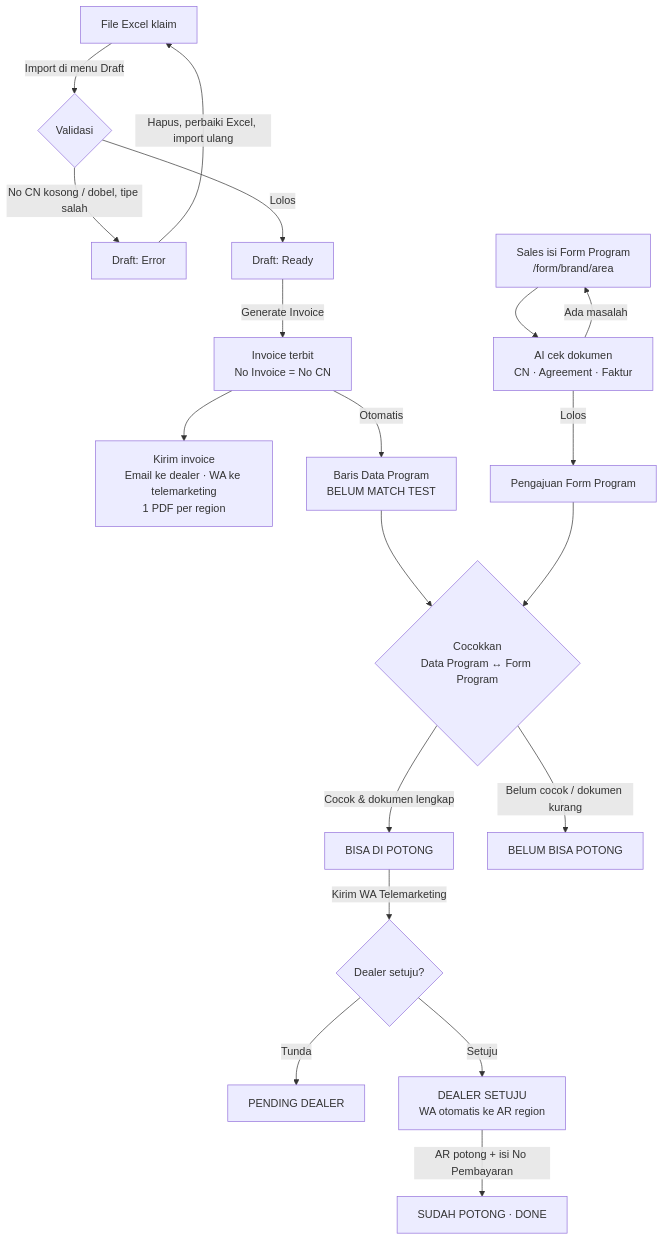
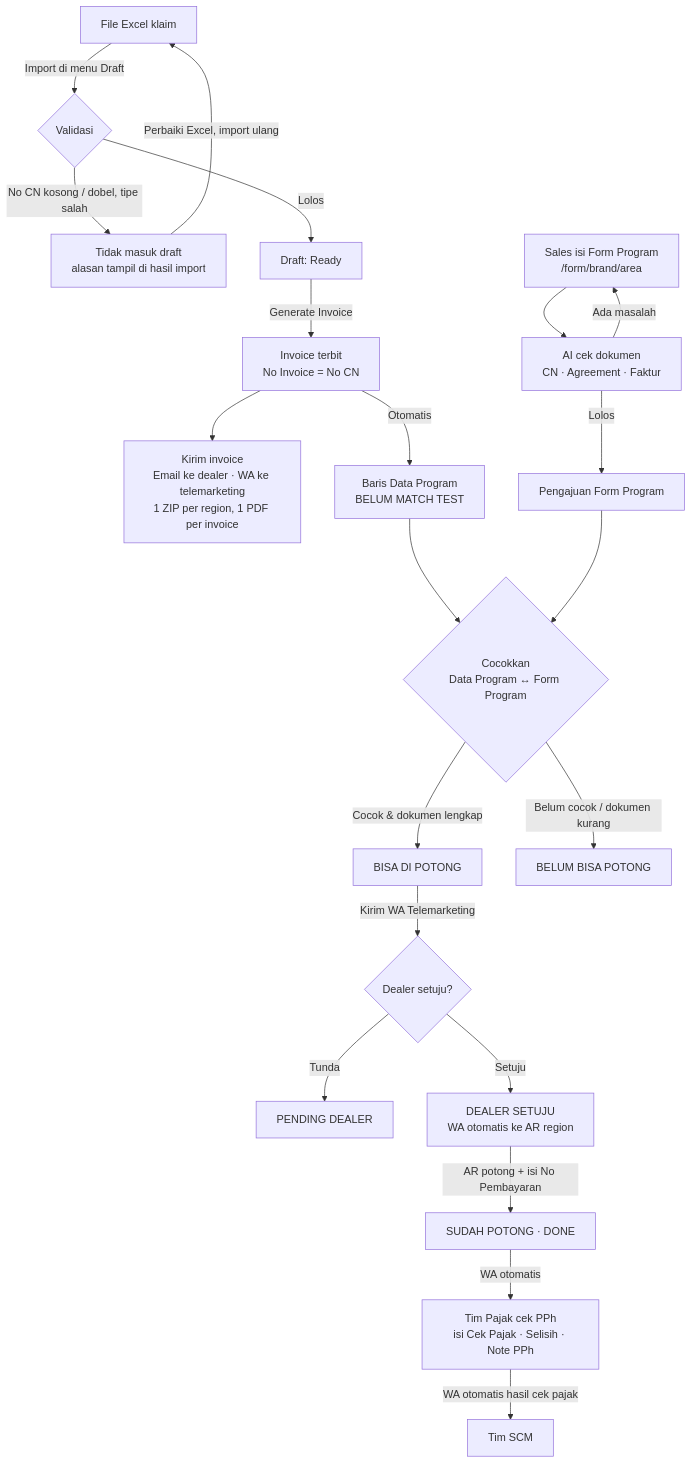
The first of 2 diagrams in README.md (oceanspacedev/Automation-SCM), drawn with Mermaid before and after one commit. The commit also changed other lines of this file and 15 other files, not shown here.

````diff
--- a/README.md
+++ b/README.md
@@ -57,23 +58,25 @@
 ```mermaid
 flowchart TD
     A[File Excel klaim] -->|Import di menu Draft| B{Validasi}
-    B -->|No CN kosong / dobel, tipe salah| C[Draft: Error]
+    B -->|No CN kosong / dobel, tipe salah| C[Tidak masuk draft<br/>alasan tampil di hasil import]
     B -->|Lolos| D[Draft: Ready]
-    C -->|Hapus, perbaiki Excel, import ulang| A
+    C -->|Perbaiki Excel, import ulang| A
     D -->|Generate Invoice| E[Invoice terbit<br/>No Invoice = No CN]
-    E --> F[Kirim invoice<br/>Email ke dealer · WA ke telemarketing<br/>1 PDF per region]
+    E --> F[Kirim invoice<br/>Email ke dealer · WA ke telemarketing<br/>1 ZIP per region, 1 PDF per invoice]
     E -->|Otomatis| G[Baris Data Program<br/>BELUM MATCH TEST]
 
     S[Sales isi Form Program<br/>/form/brand/area] --> T[AI cek dokumen<br/>CN · Agreement · Faktur]
     T -->|Ada masalah| S
     T -->|Lolos| U[Pengajuan Form Program]
 
     G --> M{Cocokkan<br/>Data Program ↔ Form Program}
     U --> M
     M -->|Cocok & dokumen lengkap| N[BISA DI POTONG]
     M -->|Belum cocok / dokumen kurang| O[BELUM BISA POTONG]
     N -->|Kirim WA Telemarketing| P{Dealer setuju?}
     P -->|Tunda| Q[PENDING DEALER]
     P -->|Setuju| R[DEALER SETUJU<br/>WA otomatis ke AR region]
     R -->|AR potong + isi No Pembayaran| Z[SUDAH POTONG · DONE]
+    Z -->|WA otomatis| TP[Tim Pajak cek PPh<br/>isi Cek Pajak · Selisih · Note PPh]
+    TP -->|WA otomatis hasil cek pajak| SC[Tim SCM]
 ```
````
